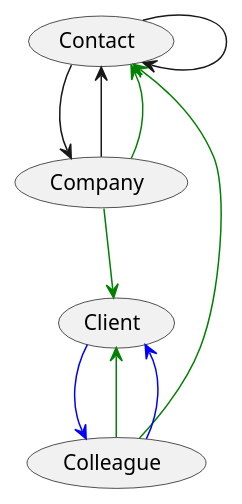
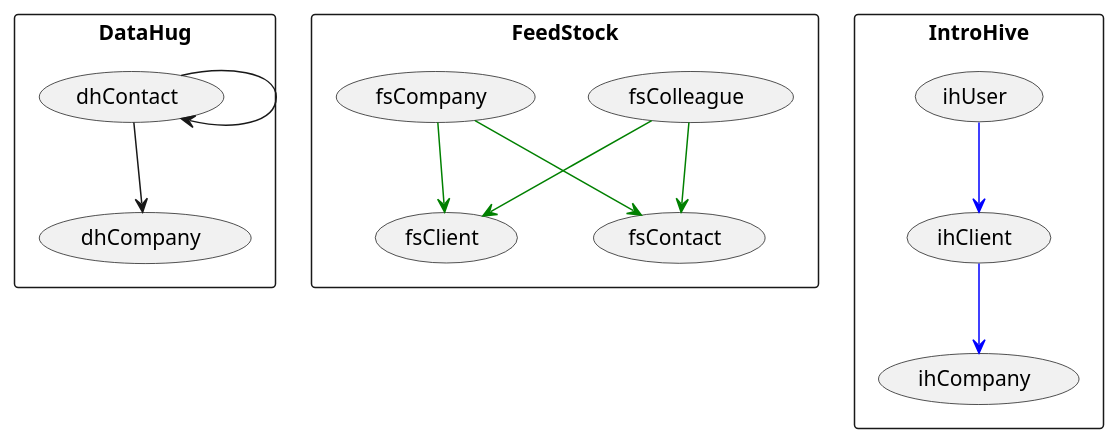
Before and after one commit to Kf-GaryNewport/Kf-GaryNewport.github.io: the diagram in assets/DataHug/Replacement.puml, drawn with PlantUML.

```diff
--- a/assets/DataHug/Replacement.puml
+++ b/assets/DataHug/Replacement.puml
@@ -1,21 +1,31 @@
 @startuml
 
-usecase Client
-usecase Company
-usecase Colleague
-usecase Contact
+rectangle DataHug {
+    usecase dhContact
+    usecase dhCompany
+    dhContact --> dhContact
+    dhContact --> dhCompany
+}
 
-Contact -> Contact
-Contact -> Company
-Company -> Contact
+rectangle FeedStock {
+usecase fsColleague
+usecase fsClient
+usecase fsContact
+usecase fsCompany
+
+fsColleague --> fsContact #line:green;
+fsColleague --> fsClient #line:green;
+fsCompany --> fsContact #line:green;
+fsCompany --> fsClient #line:green;
+}
+
+rectangle IntroHive {
+usecase ihClient
+usecase ihUser
+usecase ihCompany
+ihUser --> ihClient #line:blue;
+ihClient --> ihCompany #line:blue;
+}
 
 
-Colleague --> Contact #line:green;
-Colleague --> Client #line:green;
-Company --> Contact #line:green;
-Company --> Client #line:green;
-
-Colleague --> Client #line:blue;
-Client --> Colleague  #line:blue;
-
 @enduml
```
